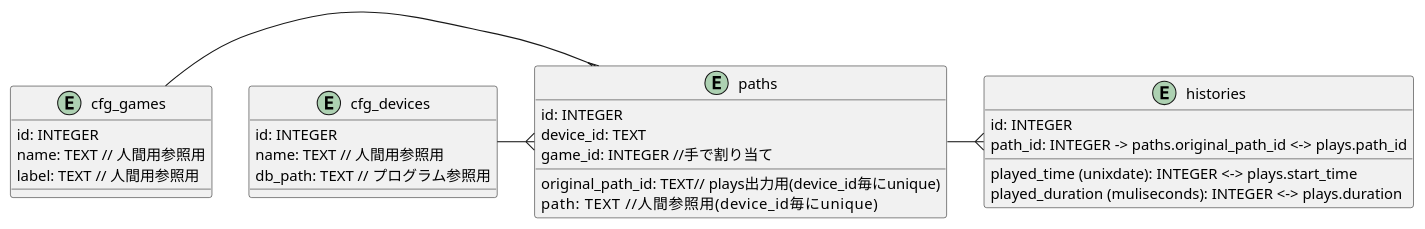
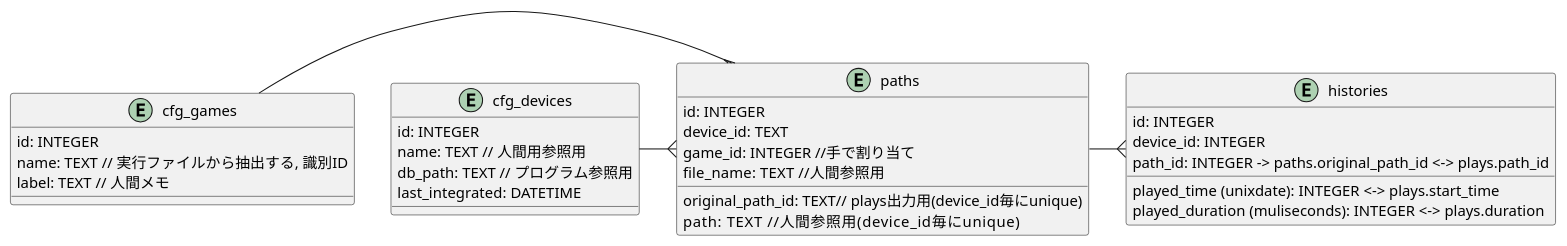
Before and after one commit to hagumeta/Python_PegasusSyncer: the diagram in documents/tables.puml, drawn with PlantUML. The commit also changed 12 other files, not shown here.

```diff
--- a/documents/tables.puml
+++ b/documents/tables.puml
@@ -1,34 +1,36 @@
 
 entity cfg_games {
 id: INTEGER
-name: TEXT // 人間用参照用
-label: TEXT // 人間用参照用
+name: TEXT // 実行ファイルから抽出する, 識別ID
+label: TEXT // 人間メモ
 }
 
 entity cfg_devices {
 id: INTEGER
 name: TEXT // 人間用参照用
 db_path: TEXT // プログラム参照用
+last_integrated: DATETIME
 }
 
 entity paths {
   id: INTEGER
   device_id: TEXT
   game_id: INTEGER //手で割り当て
-
   original_path_id: TEXT// plays出力用(device_id毎にunique)
   path: TEXT       //人間参照用(device_id毎にunique)
+  file_name: TEXT  //人間参照用
 }
 
 
 entity histories {
 id: INTEGER
+device_id: INTEGER
 path_id: INTEGER -> paths.original_path_id <-> plays.path_id
 played_time (unixdate): INTEGER <-> plays.start_time
 played_duration (muliseconds): INTEGER <-> plays.duration
 }
 
 cfg_games -{ paths
 cfg_devices -{ paths 
 
 paths -{ histories
```
